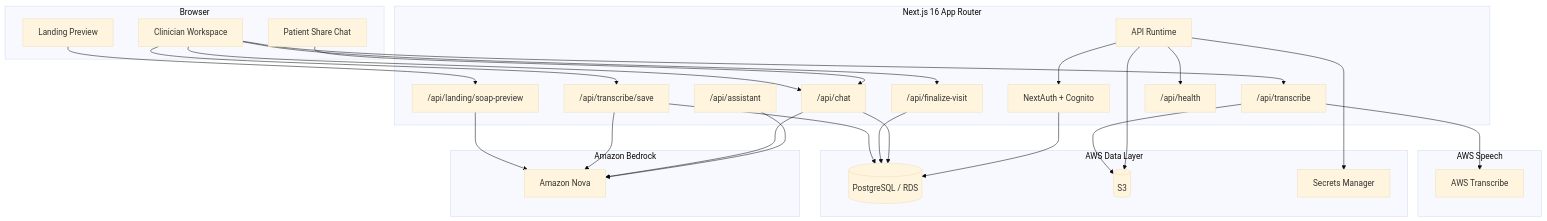
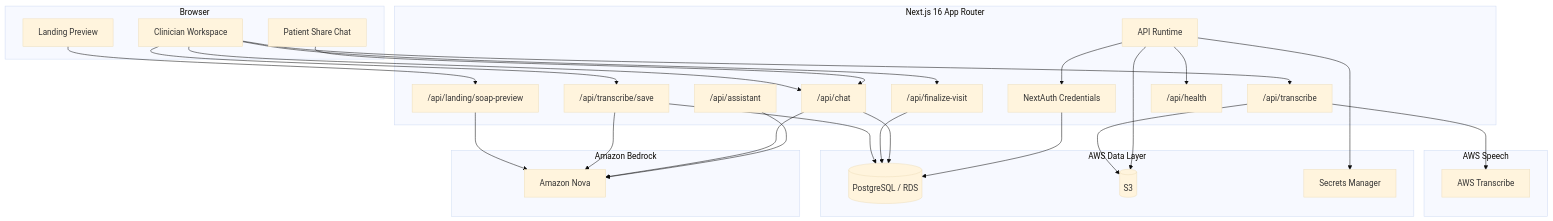
The diagram in README.md (Manoj7ar/Synth-Hackathon), drawn with Mermaid (base theme) before and after one commit. The commit also changed other lines of this file and 18 other files, not shown here.

Commit message:
Remove Cognito auth and expand Nova deep dive

````diff
--- a/README.md
+++ b/README.md
@@ -70,58 +69,58 @@
 ```mermaid
 flowchart TB
   subgraph Browser[Browser]
     LP[Landing Preview]
     CL[Clinician Workspace]
     PT[Patient Share Chat]
   end
 
   subgraph App[Next.js 16 App Router]
     APP_RUNTIME[API Runtime]
-    AUTH[NextAuth + Cognito]
+    AUTH[NextAuth Credentials]
     PREVIEW["/api/landing/soap-preview"]
     TRANSCRIBE["/api/transcribe"]
     SAVE["/api/transcribe/save"]
     FINAL["/api/finalize-visit"]
     CHAT["/api/chat"]
     ASSIST["/api/assistant"]
     HEALTH["/api/health"]
   end
 
   subgraph AI[Amazon Bedrock]
     NOVA[Amazon Nova]
   end
 
   subgraph Data[AWS Data Layer]
     PG[(PostgreSQL / RDS)]
     S3[(S3)]
     SECRETS[Secrets Manager]
   end
 
   subgraph Speech[AWS Speech]
     TRANSCRIBE_SVC[AWS Transcribe]
   end
 
   LP --> PREVIEW
   CL --> TRANSCRIBE
   CL --> SAVE
   CL --> FINAL
   CL --> CHAT
   PT --> CHAT
 
   PREVIEW --> NOVA
   SAVE --> NOVA
   CHAT --> NOVA
   ASSIST --> NOVA
   TRANSCRIBE --> TRANSCRIBE_SVC
   TRANSCRIBE --> S3
 
   APP_RUNTIME --> AUTH
   APP_RUNTIME --> HEALTH
   SAVE --> PG
   FINAL --> PG
   CHAT --> PG
   AUTH --> PG
 
   APP_RUNTIME --> SECRETS
   APP_RUNTIME --> S3
 ```
````
